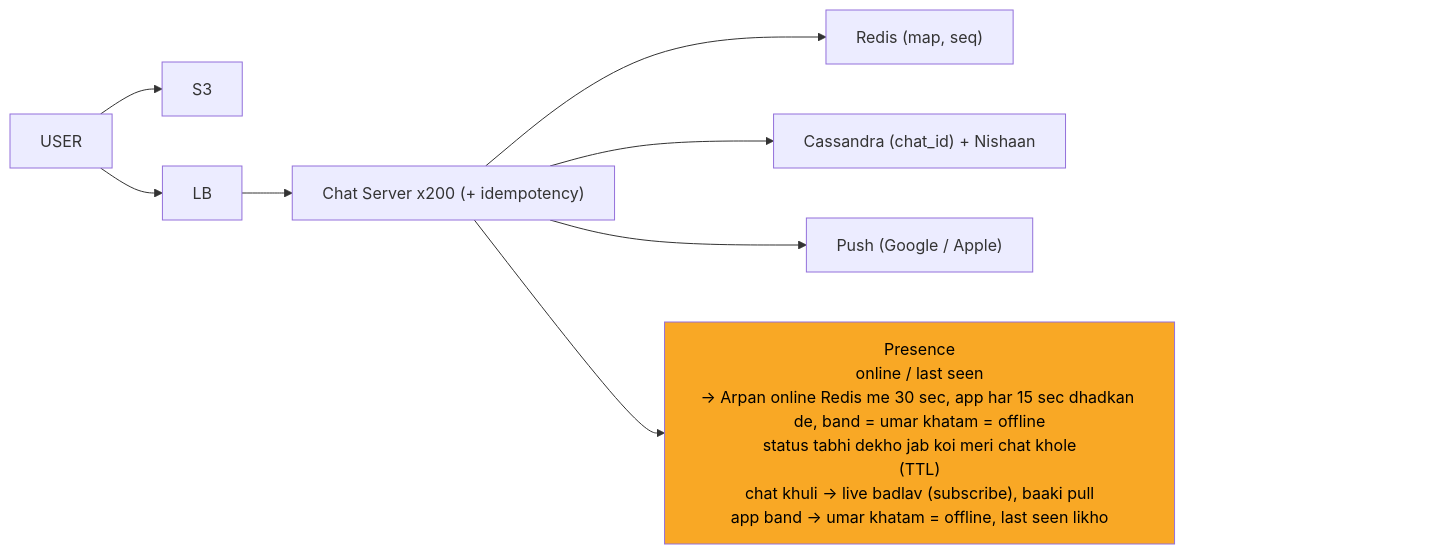
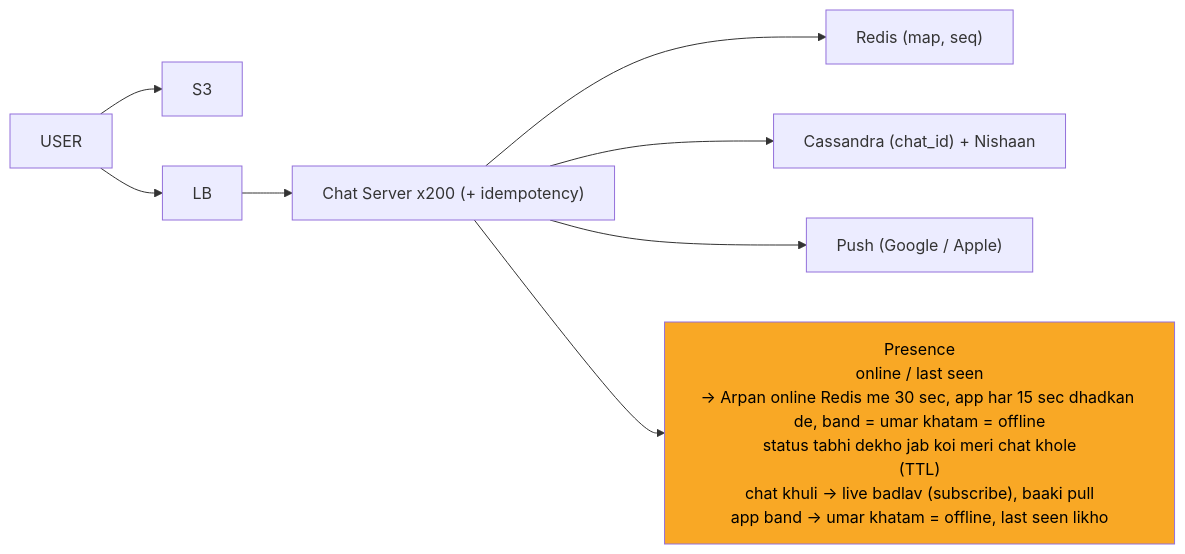
One commit to ArpanMaheshwari144/Prep changed diagram 11 of 12 in 04_HLD/SYSTEM_DESIGNS/14_chat_messaging/14_chat_messaging.md. Above: the diagram before and after it, drawn with Mermaid. The commit also changed other lines of this file and 182 other files, not shown here.

Commit message:
hld 14 file: har diagram mermaid-cli se SVG image (source details me), n_pad hataya, render tool 04_HLD/tools

````diff
--- a/04_HLD/SYSTEM_DESIGNS/14_chat_messaging/14_chat_messaging.md
+++ b/04_HLD/SYSTEM_DESIGNS/14_chat_messaging/14_chat_messaging.md
@@ -505,23 +549,20 @@
 ```mermaid
 %%{init: {"flowchart": {"wrappingWidth": 450}}}%%
 flowchart LR
     n_S3["S3"]
     n_U["USER"]
     n_LB["LB"]
     n_CS["Chat Server x200 (+ idempotency)"]
     n_R["Redis (map, seq)"]
     n_CA["Cassandra (chat_id) + Nishaan"]
     n_P["Push (Google / Apple)"]
     n_PR["Presence<br/>online / last seen<br/>-> Arpan online Redis me 30 sec, app har 15 sec dhadkan de, band = umar khatam = offline<br/>status tabhi dekho jab koi meri chat khole<br/>(TTL)<br/>chat khuli -> live badlav (subscribe), baaki pull<br/>app band -> umar khatam = offline, last seen likho"]
     n_U --> n_S3
     n_U --> n_LB
     n_LB --> n_CS
     n_CS --> n_R
     n_CS --> n_CA
     n_CS --> n_P
     n_CS --> n_PR
-    n_pad["xxxxxxxxxxxxxxxx"]
-    n_PR ~~~ n_pad
     style n_PR fill:#f9a825,color:#000
-    style n_pad fill:none,stroke:none,color:#ffffff00
 ```
````
